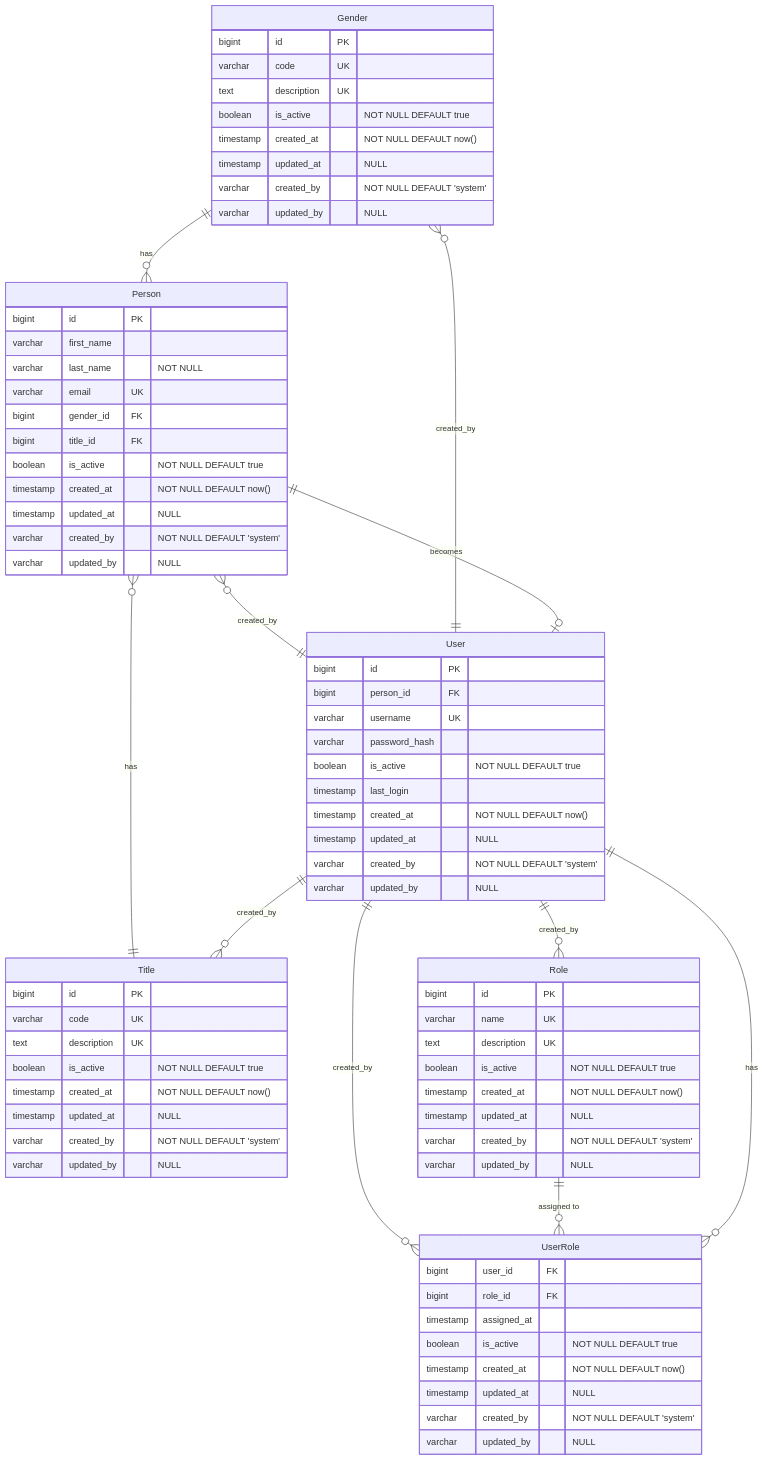
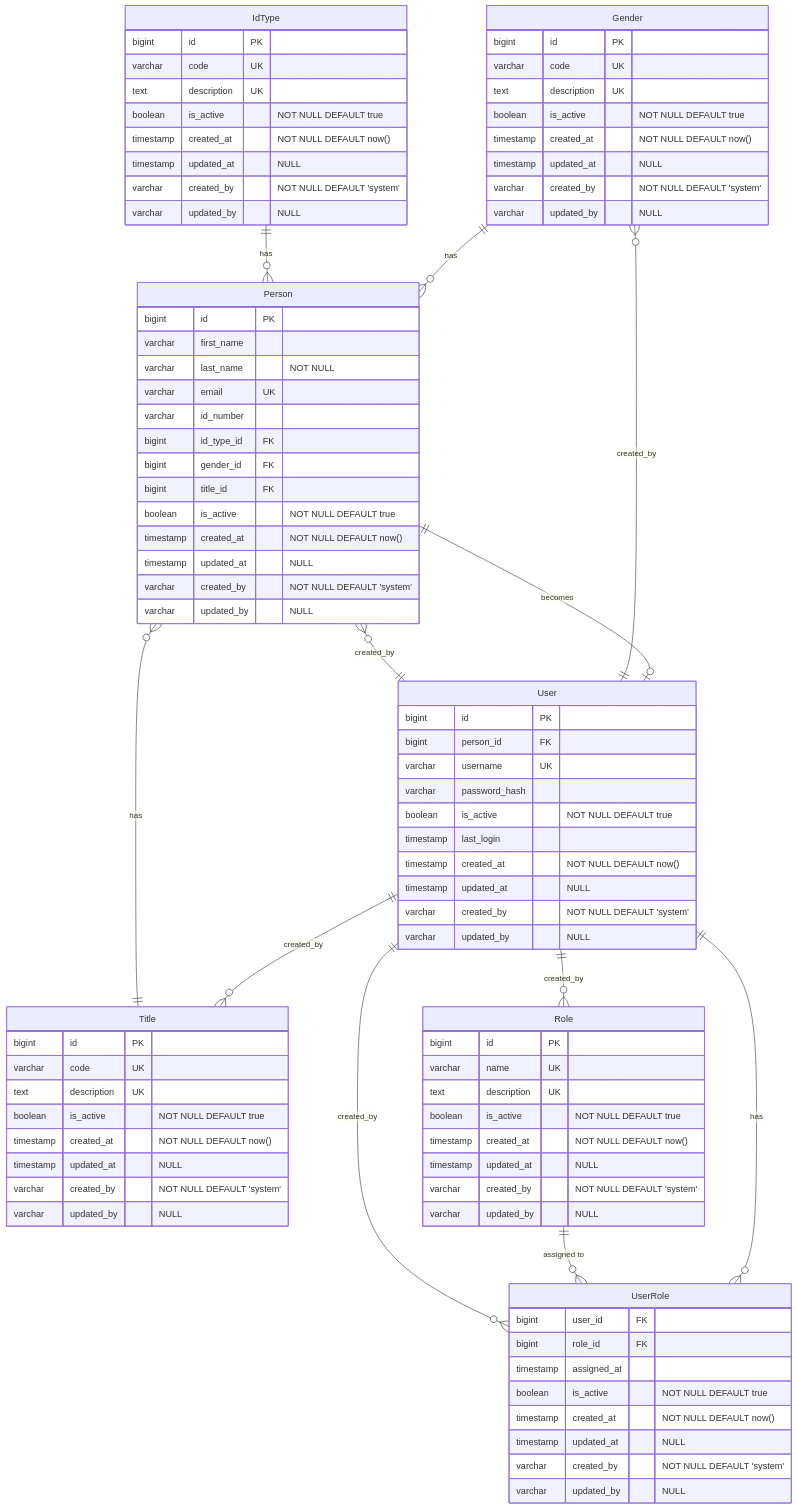
The diagram in CLAUDE.md (GeraldScott/rescaffold), drawn with Mermaid before and after one commit. The commit also changed 7 other files, not shown here.

```diff
--- a/CLAUDE.md
+++ b/CLAUDE.md
@@ -153,11 +153,24 @@
         varchar updated_by "NULL"
     }
     
+    IdType {
+        bigint id PK
+        varchar code UK
+        text description UK
+        boolean is_active "NOT NULL DEFAULT true"
+        timestamp created_at "NOT NULL DEFAULT now()"
+        timestamp updated_at "NULL"
+        varchar created_by "NOT NULL DEFAULT 'system'"
+        varchar updated_by "NULL"
+    }
+    
     Person {
         bigint id PK
         varchar first_name
         varchar last_name "NOT NULL"
         varchar email UK
+        varchar id_number
+        bigint id_type_id FK
         bigint gender_id FK
         bigint title_id FK
         boolean is_active "NOT NULL DEFAULT true"
@@ -204,6 +217,7 @@
     
     Gender ||--o{ Person : "has"
     Title ||--o{ Person : "has"
+    IdType ||--o{ Person : "has"
     Person ||--o| User : "becomes"
     User ||--o{ UserRole : "has"
     Role ||--o{ UserRole : "assigned to"
```
